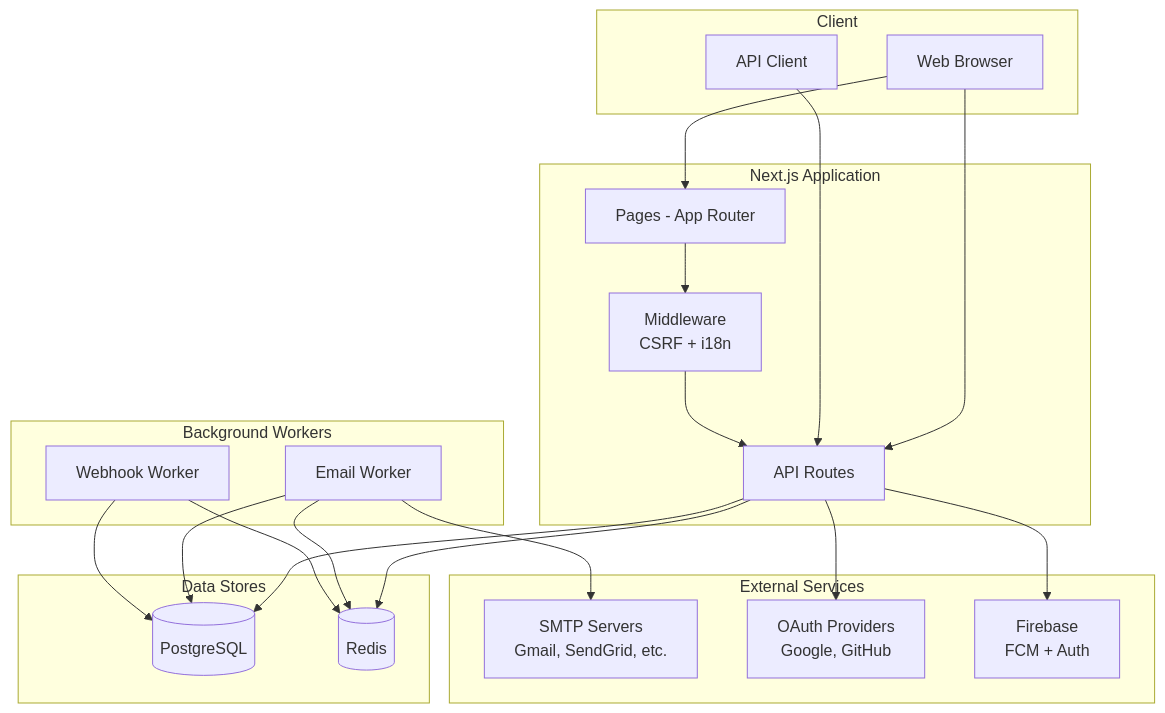
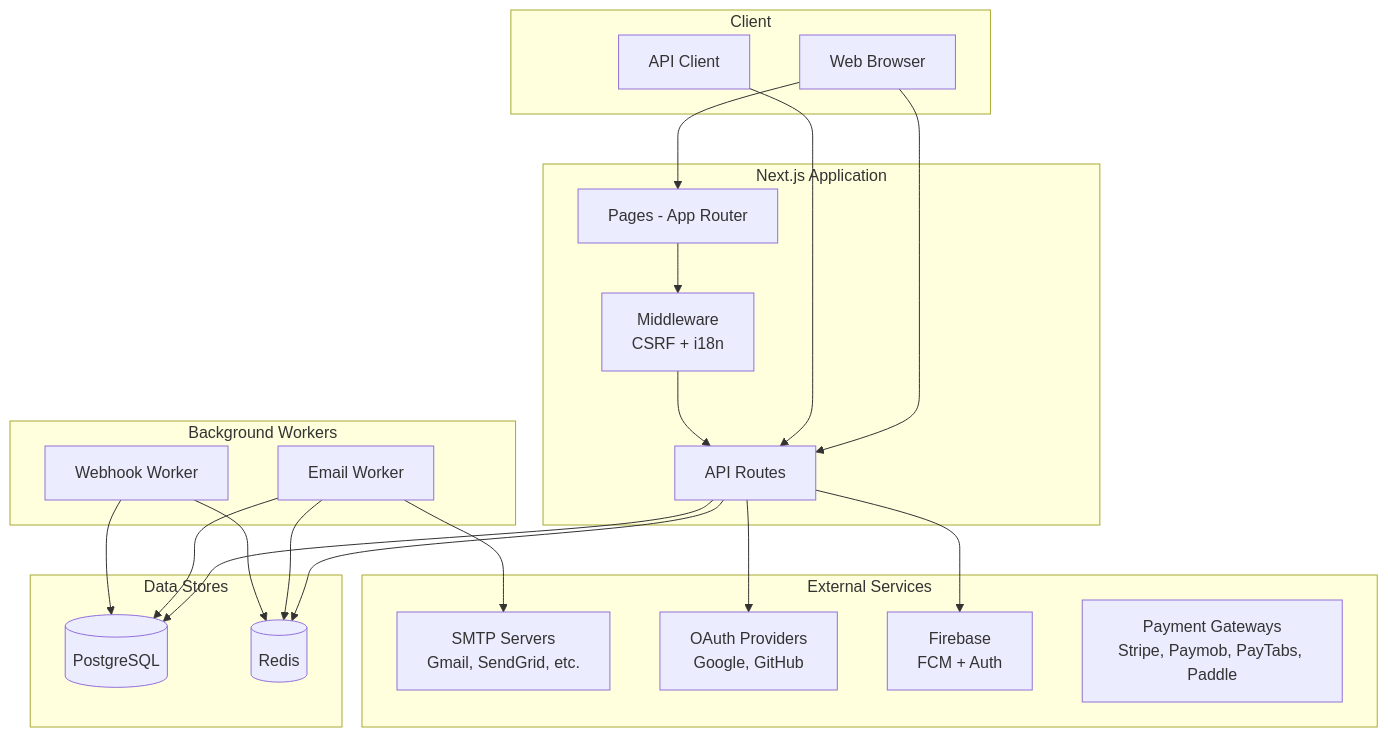
One commit to mahmoodhamdi/Bulk-Email-Sender changed the first of 16 diagrams in docs/architecture/README.md. Above: the diagram before and after it, drawn with Mermaid. The commit also changed other lines of this file and 6 other files, not shown here.

````diff
--- a/docs/architecture/README.md
+++ b/docs/architecture/README.md
@@ -20,43 +21,44 @@
 ```mermaid
 graph TB
     subgraph Client
         Browser[Web Browser]
         API_Client[API Client]
     end
 
     subgraph "Next.js Application"
         Pages[Pages - App Router]
         API[API Routes]
         Middleware[Middleware<br/>CSRF + i18n]
     end
 
     subgraph "Background Workers"
         EmailWorker[Email Worker]
         WebhookWorker[Webhook Worker]
     end
 
     subgraph "External Services"
         SMTP[SMTP Servers<br/>Gmail, SendGrid, etc.]
         OAuth[OAuth Providers<br/>Google, GitHub]
         Firebase[Firebase<br/>FCM + Auth]
+        Payments[Payment Gateways<br/>Stripe, Paymob, PayTabs, Paddle]
     end
 
     subgraph "Data Stores"
         PostgreSQL[(PostgreSQL)]
         Redis[(Redis)]
     end
 
     Browser --> Pages
     Browser --> API
     API_Client --> API
     Pages --> Middleware --> API
     API --> PostgreSQL
     API --> Redis
     EmailWorker --> Redis
     EmailWorker --> SMTP
     EmailWorker --> PostgreSQL
     WebhookWorker --> Redis
     WebhookWorker --> PostgreSQL
     API --> OAuth
     API --> Firebase
 ```
````
